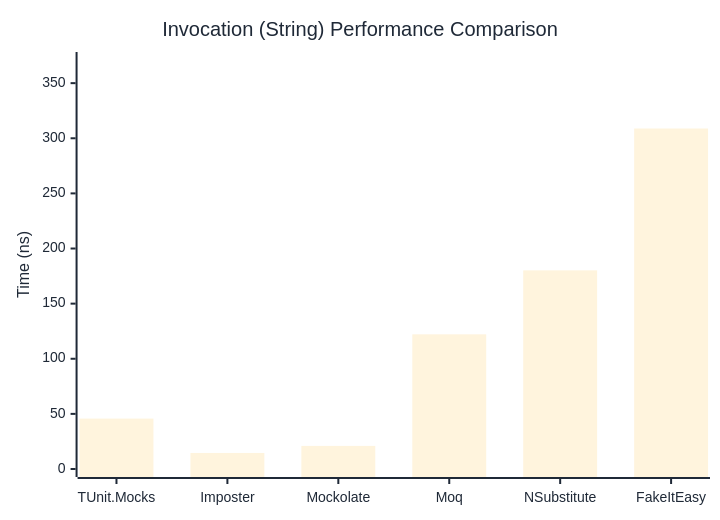
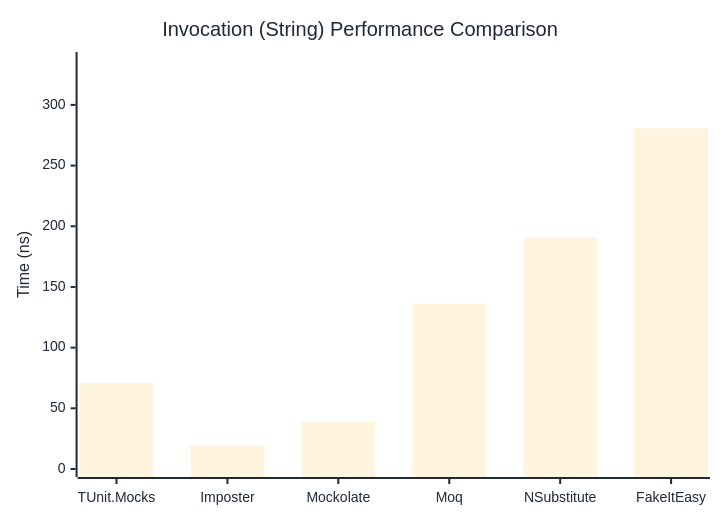
The third of 3 diagrams in docs/docs/benchmarks/mocks/Invocation.md (thomhurst/TUnit), drawn with Mermaid before and after one commit. The commit also changed other lines of this file and 14 other files, not shown here.

````diff
--- a/docs/docs/benchmarks/mocks/Invocation.md
+++ b/docs/docs/benchmarks/mocks/Invocation.md
@@ -112,27 +112,27 @@
 ```mermaid
 %%{init: {
   'theme':'base',
   'themeVariables': {
     'primaryColor': '#2563eb',
     'primaryTextColor': '#1f2937',
     'primaryBorderColor': '#1e40af',
     'lineColor': '#6b7280',
     'secondaryColor': '#7c3aed',
     'tertiaryColor': '#dc2626',
     'background': '#ffffff',
     'pie1': '#2563eb',
     'pie2': '#7c3aed',
     'pie3': '#dc2626',
     'pie4': '#f59e0b',
     'pie5': '#10b981',
     'pie6': '#06b6d4',
     'pie7': '#ec4899',
     'pie8': '#6366f1'
   }
 }}%%
 xychart-beta
   title "Invocation (String) Performance Comparison"
   x-axis ["TUnit.Mocks", "Imposter", "Mockolate", "Moq", "NSubstitute", "FakeItEasy"]
-  y-axis "Time (ns)" 0 --> 371
-  bar [45.72, 14.55, 20.96, 122.16, 180.18, 308.86]
+  y-axis "Time (ns)" 0 --> 337
+  bar [70.85, 19.38, 38.78, 136.3, 190.91, 280.81]
 ```
````
